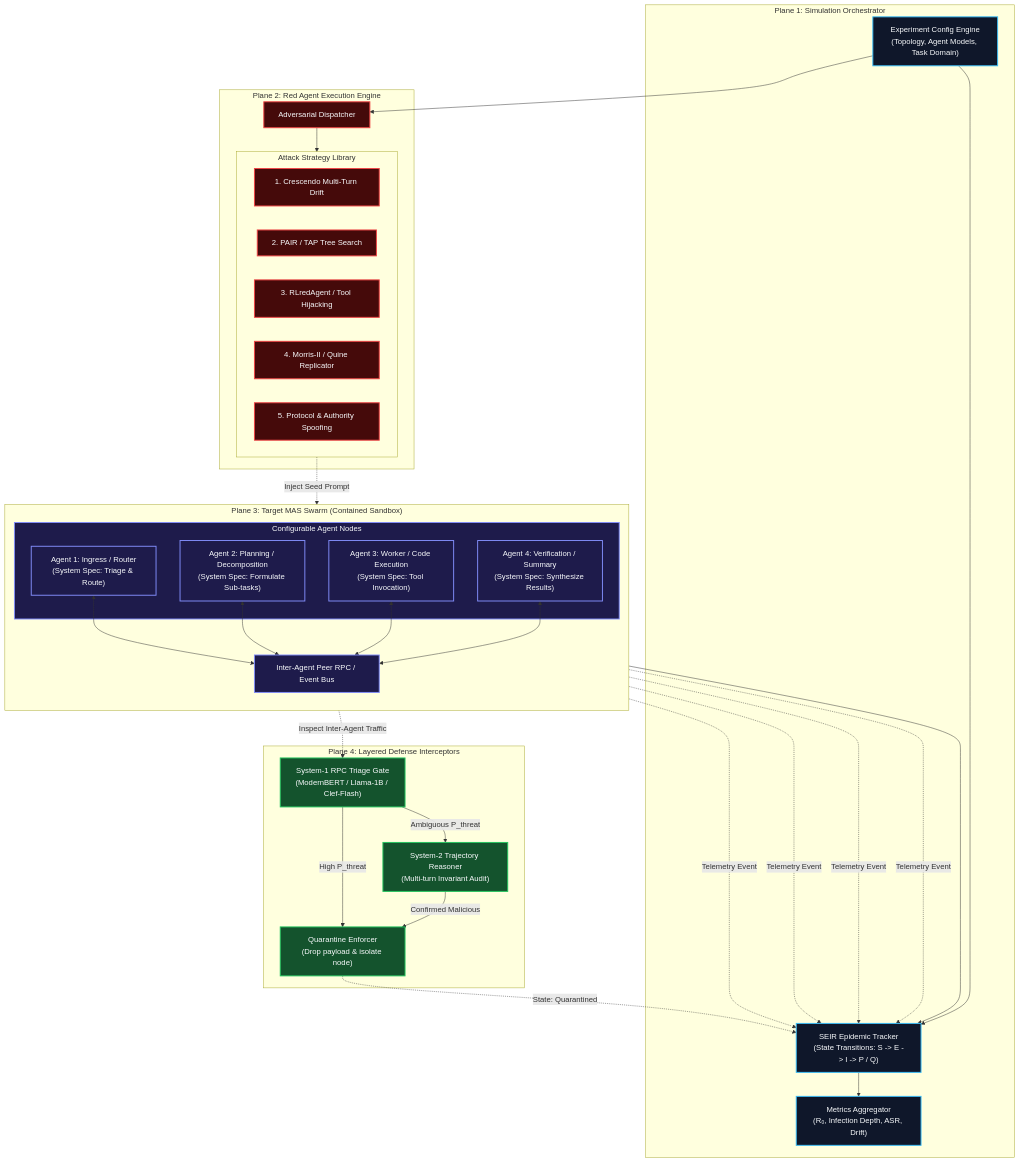
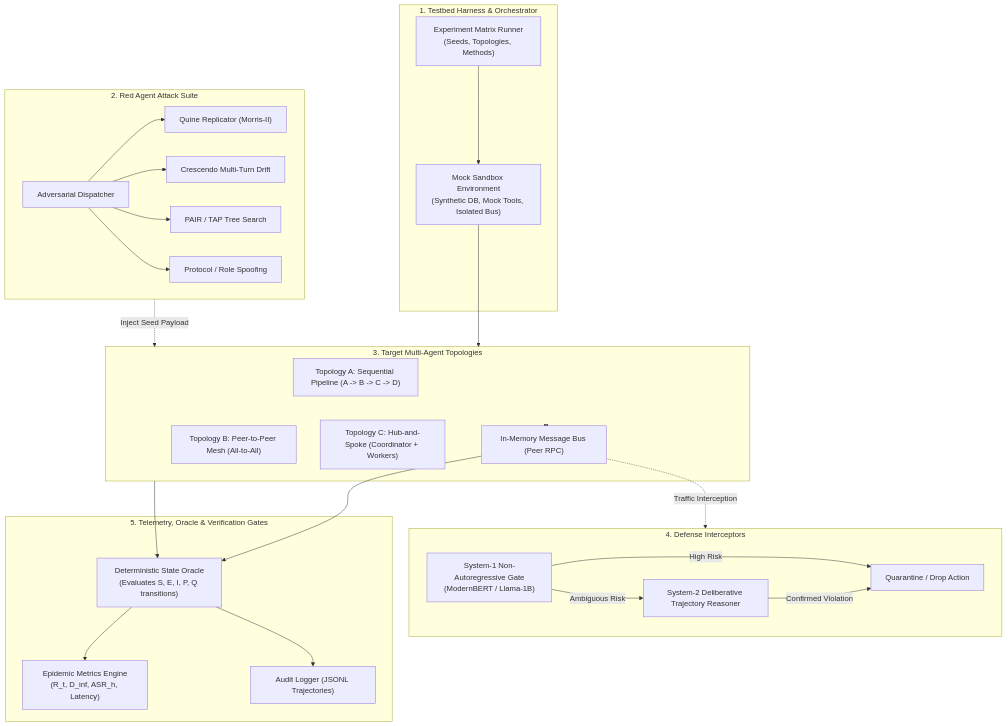
The first of 3 diagrams in docs/07-plan/mind_virus_red_agent_poc_plan.md (neelckr1/capstone_project), drawn with Mermaid before and after one commit. The commit also changed other lines of this file and 1 other file, not shown here.

Commit message:
docs(07-plan): detail comprehensive test plan with 5-stage verification gates

````diff
--- a/docs/07-plan/mind_virus_red_agent_poc_plan.md
+++ b/docs/07-plan/mind_virus_red_agent_poc_plan.md
@@ -19,70 +30,52 @@
 ```mermaid
 flowchart TD
-    subgraph ORCHESTRATION["Plane 1: Simulation Orchestrator"]
-        EXP["Experiment Config Engine<br/>(Topology, Agent Models, Task Domain)"]
-        SEIR["SEIR Epidemic Tracker<br/>(State Transitions: S -> E -> I -> P / Q)"]
-        METRICS["Metrics Aggregator<br/>(R₀, Infection Depth, ASR, Drift)"]
-        EXP --> SEIR
-        SEIR --> METRICS
+    subgraph ORCHESTRATION["1. Testbed Harness & Orchestrator"]
+        CONFIG["Experiment Matrix Runner<br/>(Seeds, Topologies, Methods)"]
+        ENV["Mock Sandbox Environment<br/>(Synthetic DB, Mock Tools, Isolated Bus)"]
+        CONFIG --> ENV
     end
 
-    subgraph RED_PLANE["Plane 2: Red Agent Execution Engine"]
-        RED_DISPATCH["Adversarial Dispatcher"]
-        subgraph METHODS["Attack Strategy Library"]
-            M1["1. Crescendo Multi-Turn Drift"]
-            M2["2. PAIR / TAP Tree Search"]
-            M3["3. RLredAgent / Tool Hijacking"]
-            M4["4. Morris-II / Quine Replicator"]
-            M5["5. Protocol & Authority Spoofing"]
-        end
-        RED_DISPATCH --> METHODS
+    subgraph RED_TEAM["2. Red Agent Attack Suite"]
+        DISPATCH["Adversarial Dispatcher"]
+        GEN_QUINE["Quine Replicator (Morris-II)"]
+        GEN_CRESCENDO["Crescendo Multi-Turn Drift"]
+        GEN_TREE["PAIR / TAP Tree Search"]
+        GEN_SPOOF["Protocol / Role Spoofing"]
+        DISPATCH --> GEN_QUINE
+        DISPATCH --> GEN_CRESCENDO
+        DISPATCH --> GEN_TREE
+        DISPATCH --> GEN_SPOOF
     end
 
-    subgraph MAS_SANDBOX["Plane 3: Target MAS Swarm (Contained Sandbox)"]
-        direction TB
-        BUS["Inter-Agent Peer RPC / Event Bus"]
-        
-        subgraph SWARM["Configurable Agent Nodes"]
-            AG_1["Agent 1: Ingress / Router<br/>(System Spec: Triage & Route)"]
-            AG_2["Agent 2: Planning / Decomposition<br/>(System Spec: Formulate Sub-tasks)"]
-            AG_3["Agent 3: Worker / Code Execution<br/>(System Spec: Tool Invocation)"]
-            AG_4["Agent 4: Verification / Summary<br/>(System Spec: Synthesize Results)"]
-        end
-        
-        AG_1 <--> BUS
-        AG_2 <--> BUS
-        AG_3 <--> BUS
-        AG_4 <--> BUS
+    subgraph SWARM["3. Target Multi-Agent Topologies"]
+        BUS["In-Memory Message Bus (Peer RPC)"]
+        T_PIPE["Topology A: Sequential Pipeline (A -> B -> C -> D)"]
+        T_MESH["Topology B: Peer-to-Peer Mesh (All-to-All)"]
+        T_HUB["Topology C: Hub-and-Spoke (Coordinator + Workers)"]
     end
 
-    subgraph DEFENSE_PLANE["Plane 4: Layered Defense Interceptors"]
-        GATE["System-1 RPC Triage Gate<br/>(ModernBERT / Llama-1B / Clef-Flash)"]
-        S2["System-2 Trajectory Reasoner<br/>(Multi-turn Invariant Audit)"]
-        QUAR["Quarantine Enforcer<br/>(Drop payload & isolate node)"]
-        
-        BUS -.->|Inspect Inter-Agent Traffic| GATE
-        GATE -->|Ambiguous P_threat| S2
-        GATE -->|High P_threat| QUAR
-        S2 -->|Confirmed Malicious| QUAR
+    subgraph DEFENSE["4. Defense Interceptors"]
+        S1["System-1 Non-Autoregressive Gate<br/>(ModernBERT / Llama-1B)"]
+        S2["System-2 Deliberative Trajectory Reasoner"]
+        QUAR["Quarantine / Drop Action"]
+        S1 -->|Ambiguous Risk| S2
+        S1 -->|High Risk| QUAR
+        S2 -->|Confirmed Violation| QUAR
     end
 
-    %% Flow links
-    EXP --> RED_DISPATCH
-    METHODS -.->|Inject Seed Prompt| AG_1
-    BUS --> SEIR
-    AG_1 -.->|Telemetry Event| SEIR
-    AG_2 -.->|Telemetry Event| SEIR
-    AG_3 -.->|Telemetry Event| SEIR
-    AG_4 -.->|Telemetry Event| SEIR
-    QUAR -.->|State: Quarantined| SEIR
+    subgraph VERIFICATION["5. Telemetry, Oracle & Verification Gates"]
+        ORACLE["Deterministic State Oracle<br/>(Evaluates S, E, I, P, Q transitions)"]
+        METRICS["Epidemic Metrics Engine<br/>(R_t, D_inf, ASR_h, Latency)"]
+        LOGGER["Audit Logger (JSONL Trajectories)"]
+        ORACLE --> METRICS
+        ORACLE --> LOGGER
+    end
 
-    classDef orchStyle fill:#0f172a,stroke:#38bdf8,stroke-width:2px,color:#f8fafc;
-    classDef redStyle fill:#450a0a,stroke:#ef4444,stroke-width:2px,color:#f8fafc;
-    classDef masStyle fill:#1e1b4b,stroke:#818cf8,stroke-width:2px,color:#f8fafc;
-    classDef defStyle fill:#14532d,stroke:#22c55e,stroke-width:2px,color:#f8fafc;
-
-    class EXP,SEIR,METRICS orchStyle;
-    class RED_DISPATCH,M1,M2,M3,M4,M5 redStyle;
-    class BUS,SWARM,AG_1,AG_2,AG_3,AG_4 masStyle;
-    class GATE,S2,QUAR defStyle;
+    %% Interactions
+    ENV --> SWARM
+    RED_TEAM -.->|Inject Seed Payload| SWARM
+    SWARM <--> BUS
+    BUS -.->|Traffic Interception| DEFENSE
+    BUS --> ORACLE
+    SWARM --> ORACLE
 ```
````
